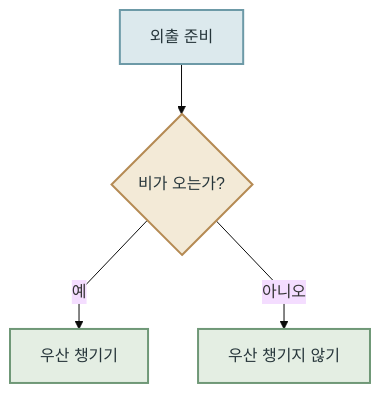
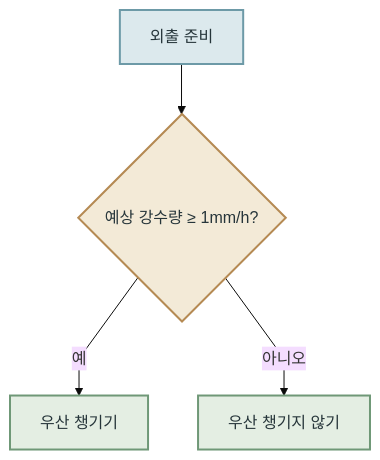
One commit to qu3vipon/the-hitchhikers-guide-to-ai changed the first of 2 diagrams in docs/llm/01-machine-learning.md. Above: the diagram before and after it, drawn with Mermaid (base theme). The commit also changed other lines of this file and 2 other files, not shown here.

````diff
--- a/docs/llm/01-machine-learning.md
+++ b/docs/llm/01-machine-learning.md
@@ -16,14 +18,14 @@
 ```mermaid
 %%{init: {"flowchart": {"curve": "linear"}} }%%
 flowchart TB
-    start[외출 준비] --> rain{비가 오는가?}
+    start[외출 준비] --> rain{예상 강수량 ≥ 1mm/h?}
     rain -->|예| yes[우산 챙기기]
     rain -->|아니오| no[우산 챙기지 않기]
 
     classDef boxStyle fill:#dce9ed,stroke:#6d9aa7,stroke-width:2px,color:#26353a
     classDef decisionStyle fill:#f3ead7,stroke:#b58a53,stroke-width:2px,color:#26353a
     classDef choiceStyle fill:#e4eee3,stroke:#6f9877,stroke-width:2px,color:#26353a
     class start boxStyle
     class rain decisionStyle
     class yes,no choiceStyle
 ```
````
